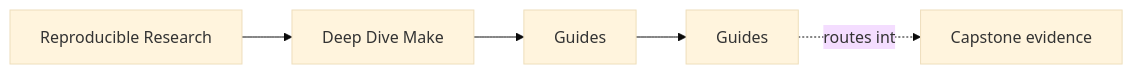
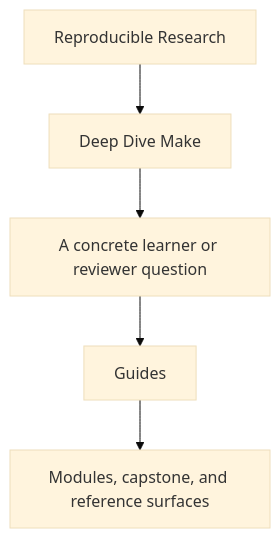
The first of 2 diagrams in programs/reproducible-research/deep-dive-make/course-book/guides/index.md (bijux/bijux-masterclass), drawn with Mermaid (base theme) before and after one commit. The commit also changed other lines of this file and 2 other files, not shown here.

Commit message:
docs(deep-dive-make): reframe course-book entry diagrams

````diff
--- a/programs/reproducible-research/deep-dive-make/course-book/guides/index.md
+++ b/programs/reproducible-research/deep-dive-make/course-book/guides/index.md
@@ -6,11 +6,7 @@
 ```mermaid
-graph LR
-  family["Reproducible Research"]
-  program["Deep Dive Make"]
-  section["Guides"]
-  page["Guides"]
-  capstone["Capstone evidence"]
-
-  family --> program --> section --> page
-  page -.routes into.-> capstone
+flowchart TD
+  family["Reproducible Research"] --> program["Deep Dive Make"]
+  program --> pressure["A concrete learner or reviewer question"]
+  pressure --> guide["Guides"]
+  guide --> next["Modules, capstone, and reference surfaces"]
 ```
````
